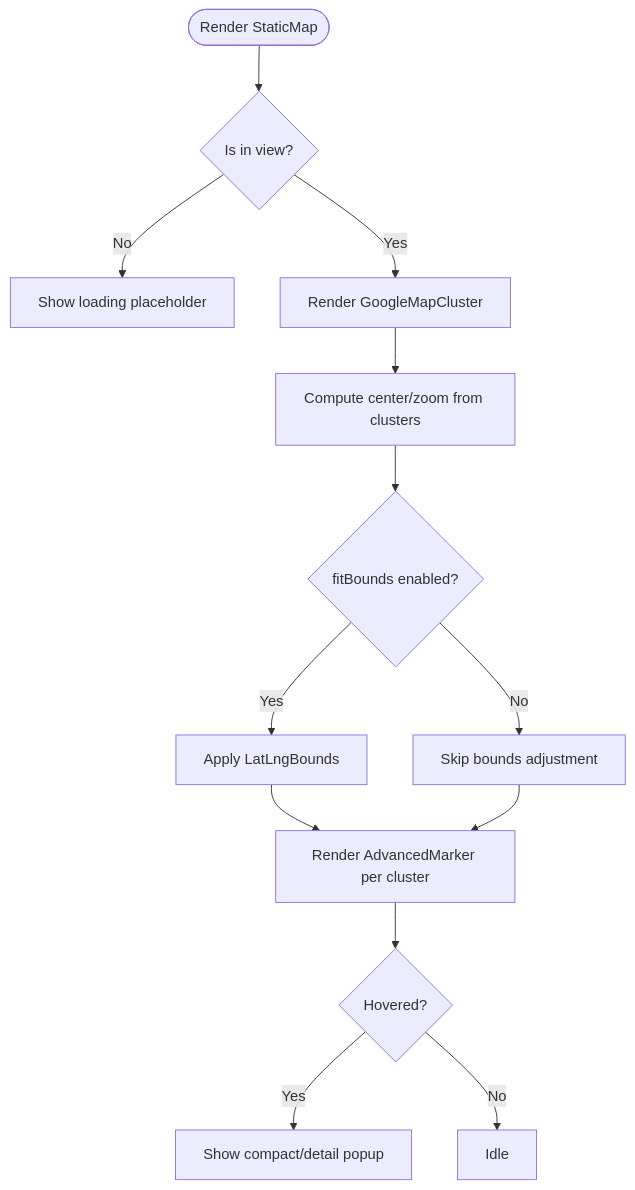
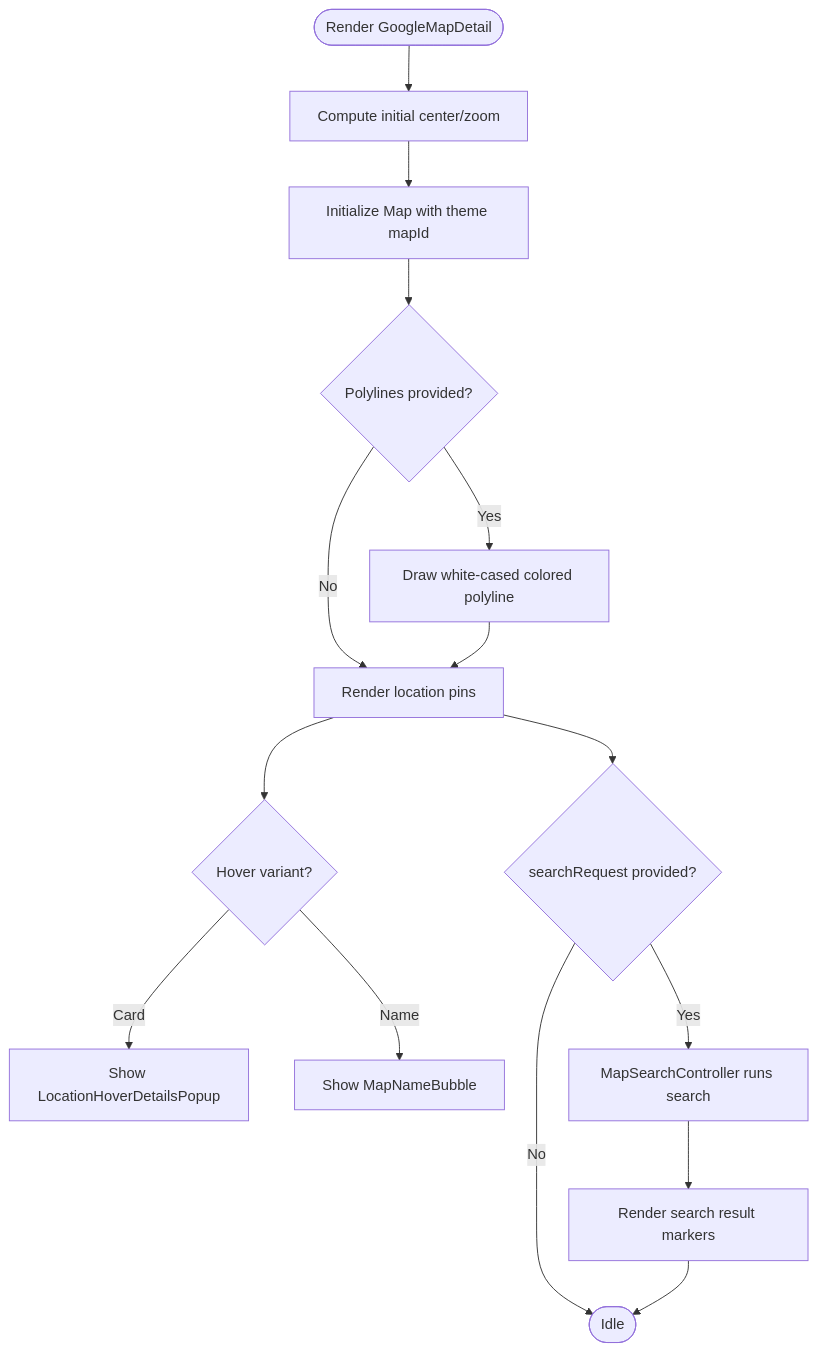
The third of 7 diagrams in .qoder/repowiki/en/content/Map Integration/Map Integration.md (Meaetin/alibaba-hackathon), drawn with Mermaid before and after one commit. The commit also changed other lines of this file and 241 other files, not shown here.

````diff
--- a/.qoder/repowiki/en/content/Map Integration/Map Integration.md
+++ b/.qoder/repowiki/en/content/Map Integration/Map Integration.md
@@ -136,15 +151,17 @@
 ```mermaid
 flowchart TD
-Start(["Render StaticMap"]) --> LoadCheck{"Is in view?"}
-LoadCheck --> |No| Placeholder["Show loading placeholder"]
-LoadCheck --> |Yes| RenderCluster["Render GoogleMapCluster"]
-RenderCluster --> ComputeView["Compute center/zoom from clusters"]
-ComputeView --> FitBounds{"fitBounds enabled?"}
-FitBounds --> |Yes| ApplyBounds["Apply LatLngBounds"]
-FitBounds --> |No| SkipBounds["Skip bounds adjustment"]
-ApplyBounds --> Markers["Render AdvancedMarker per cluster"]
-SkipBounds --> Markers
-Markers --> Hover{"Hovered?"}
-Hover --> |Yes| ShowPopup["Show compact/detail popup"]
-Hover --> |No| Idle["Idle"]
+Start(["Render GoogleMapDetail"]) --> Init["Compute initial center/zoom"]
+Init --> MapInit["Initialize Map with theme mapId"]
+MapInit --> Routes{"Polylines provided?"}
+Routes --> |Yes| DrawRoutes["Draw white-cased colored polyline"]
+Routes --> |No| Markers
+DrawRoutes --> Markers["Render location pins"]
+Markers --> Hover{"Hover variant?"}
+Hover --> |Card| ShowCard["Show LocationHoverDetailsPopup"]
+Hover --> |Name| ShowBubble["Show MapNameBubble"]
+Markers --> Search{"searchRequest provided?"}
+Search --> |Yes| RunSearch["MapSearchController runs search"]
+Search --> |No| End(["Idle"])
+RunSearch --> Results["Render search result markers"]
+Results --> End
 ```
````
